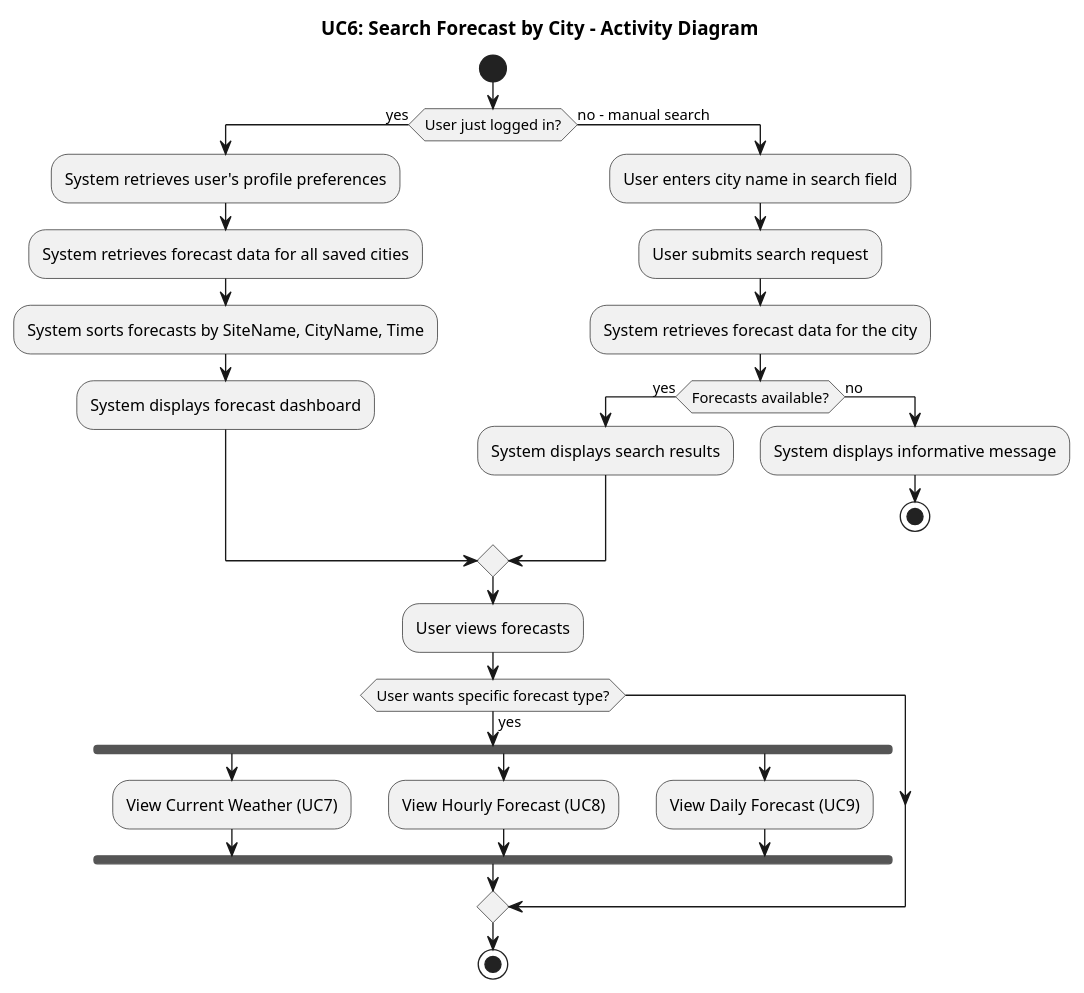
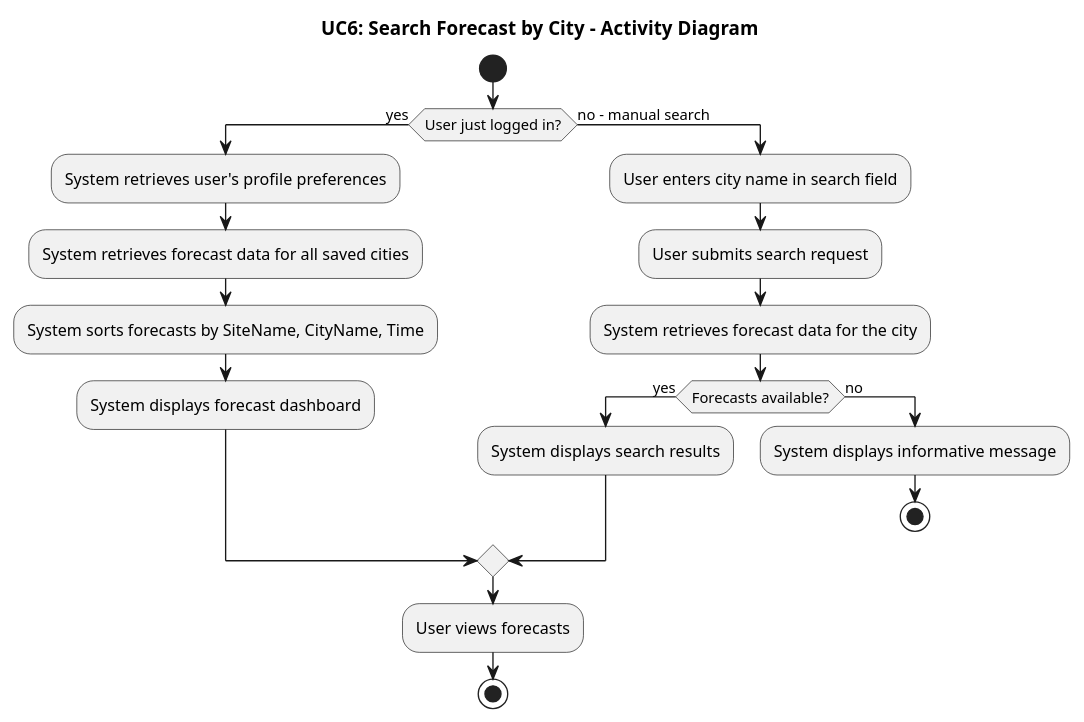
One commit to ManosMorf97/Weather-Forecasts-AI-Remastered changed the diagram in requirements/activity_diagrams/UC6_Search_Forecast.puml. Above: the diagram before and after it, drawn with PlantUML. The commit also changed 22 other files, not shown here.

Commit message:
activity diagrams pictures

```diff
--- a/requirements/activity_diagrams/UC6_Search_Forecast.puml
+++ b/requirements/activity_diagrams/UC6_Search_Forecast.puml
@@ -1,38 +1,27 @@
 @startuml UC6_Search_Forecast_Activity_Diagram
 
 title UC6: Search Forecast by City - Activity Diagram
 
 start
 
 if (User just logged in?) then (yes)
   :System retrieves user's profile preferences;
   :System retrieves forecast data for all saved cities;
   :System sorts forecasts by SiteName, CityName, Time;
   :System displays forecast dashboard;
 else (no - manual search)
   :User enters city name in search field;
   :User submits search request;
   :System retrieves forecast data for the city;
   if (Forecasts available?) then (yes)
     :System displays search results;
   else (no)
     :System displays informative message;
     stop
   endif
 endif
 
 :User views forecasts;
-
-if (User wants specific forecast type?) then (yes)
-  fork
-    :View Current Weather (UC7);
-  fork again
-    :View Hourly Forecast (UC8);
-  fork again
-    :View Daily Forecast (UC9);
-  end fork
-endif
-
 stop
 
 @enduml
```
